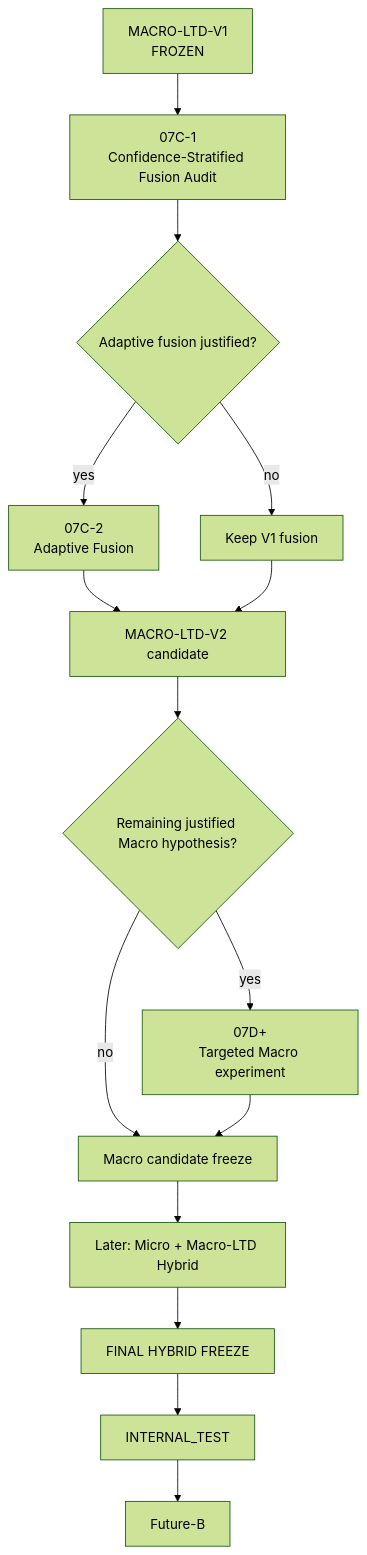
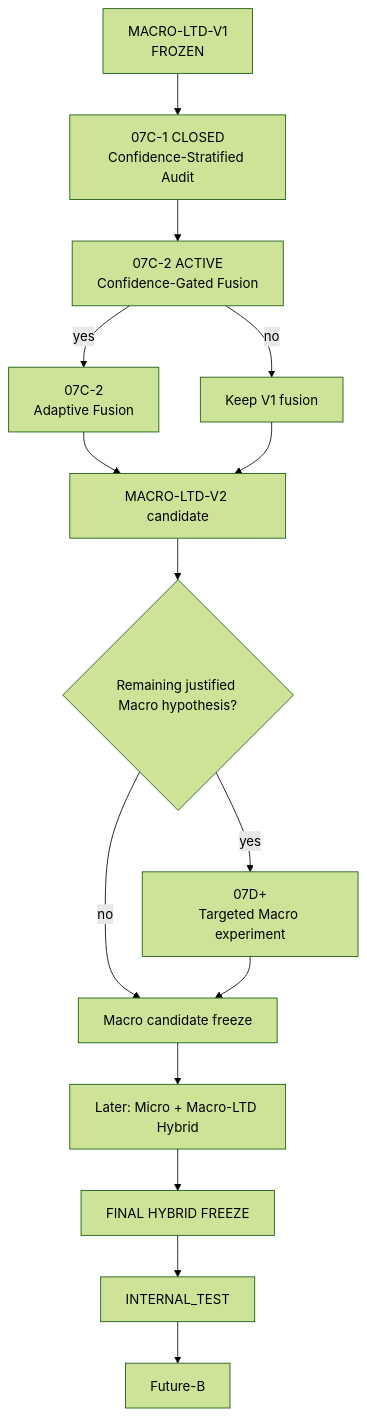
One commit to a52290451/ltd-attack changed the second of 2 diagrams in docs/EXPERIMENT_MAP.md. Above: the diagram before and after it, drawn with Mermaid (forest theme). The commit also changed other lines of this file and 5 other files, not shown here.

Commit message:
exp: close confidence audit and test adaptive Macro fusion

````diff
--- a/docs/EXPERIMENT_MAP.md
+++ b/docs/EXPERIMENT_MAP.md
@@ -151,17 +151,17 @@
 ```mermaid
 flowchart TD
-A["MACRO-LTD-V1<br/>FROZEN"] --> B["07C-1<br/>Confidence-Stratified Fusion Audit"]
-B --> C{"Adaptive fusion justified?"}
+A["MACRO-LTD-V1<br/>FROZEN"] --> B["07C-1 CLOSED<br/>Confidence-Stratified Audit"]
+B --> C["07C-2 ACTIVE<br/>Confidence-Gated Fusion"]
 C -- yes --> D["07C-2<br/>Adaptive Fusion"]
 C -- no --> E["Keep V1 fusion"]
 D --> F["MACRO-LTD-V2 candidate"]
 E --> F
 F --> G{"Remaining justified Macro hypothesis?"}
 G -- yes --> H["07D+<br/>Targeted Macro experiment"]
 G -- no --> I["Macro candidate freeze"]
 H --> I
 I --> J["Later: Micro + Macro-LTD Hybrid"]
 J --> K["FINAL HYBRID FREEZE"]
 K --> L["INTERNAL_TEST"]
 L --> M["Future-B"]
 ```
````
